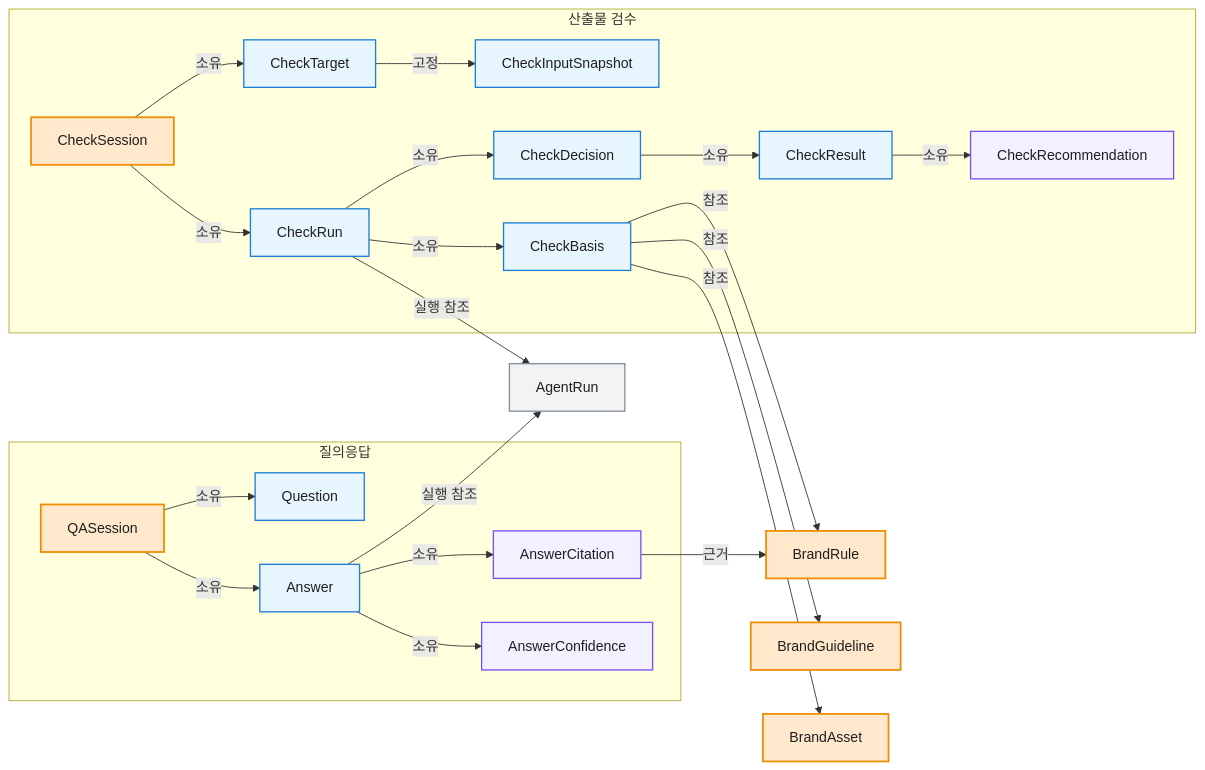
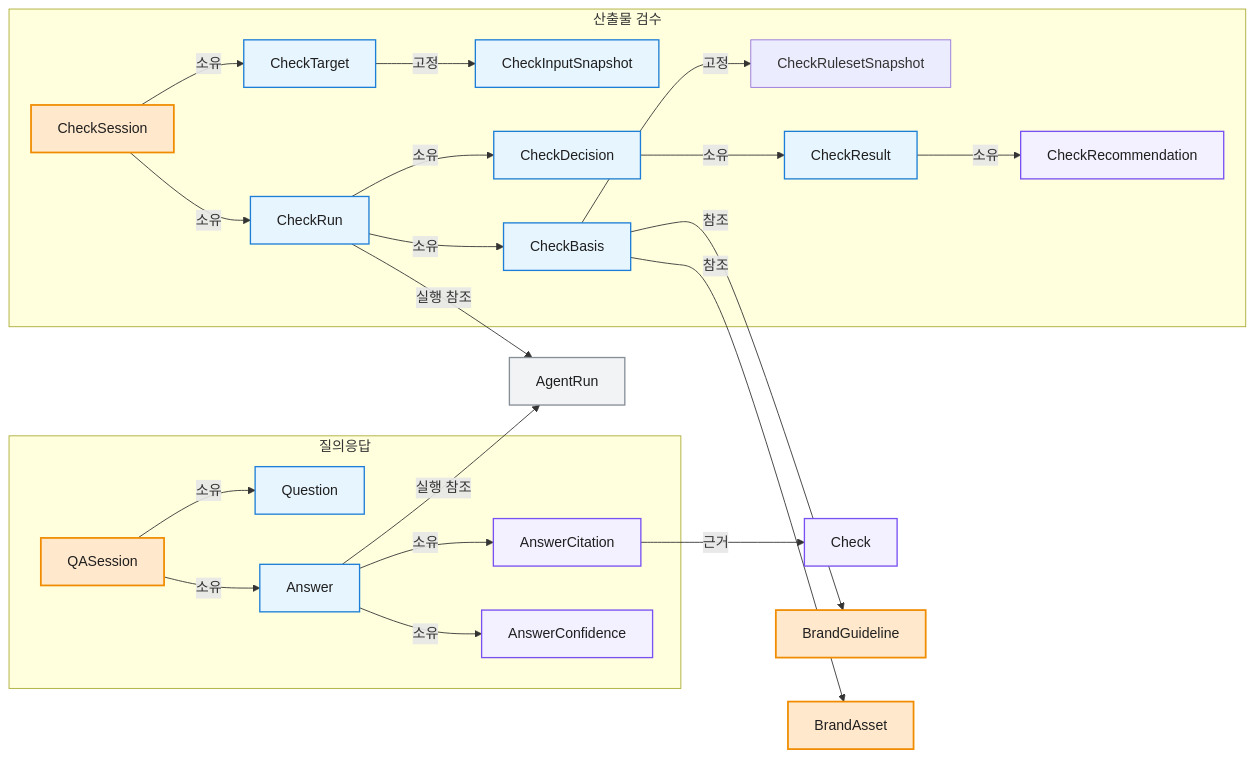
The fifth of 5 diagrams in docs/04-domain-model.md (ewoooo/living-brand-system), drawn with Mermaid before and after one commit. The commit also changed other lines of this file and 100 other files, not shown here.

````diff
--- a/docs/04-domain-model.md
+++ b/docs/04-domain-model.md
@@ -412,56 +408,57 @@
 ```mermaid
 flowchart LR
-  BrandRule["BrandRule"]
+  GuidelineCheck["Check"]
 
   subgraph QA["질의응답"]
     QASession["QASession"]
     Question["Question"]
     Answer["Answer"]
     AnswerCitation["AnswerCitation"]
     AnswerConfidence["AnswerConfidence"]
   end
 
   subgraph Check["산출물 검수"]
     CheckSession["CheckSession"]
     CheckTarget["CheckTarget"]
     CheckInputSnapshot["CheckInputSnapshot"]
     CheckRun["CheckRun"]
     CheckBasis["CheckBasis"]
+    CheckRulesetSnapshot["CheckRulesetSnapshot"]
     CheckResult["CheckResult"]
     CheckRecommendation["CheckRecommendation"]
     CheckDecision["CheckDecision"]
   end
 
   AgentRun["AgentRun"]
   BrandGuideline["BrandGuideline"]
   BrandAsset["BrandAsset"]
 
   QASession -->|"소유"| Question
   QASession -->|"소유"| Answer
   Answer -->|"소유"| AnswerCitation
   Answer -->|"소유"| AnswerConfidence
-  AnswerCitation -->|"근거"| BrandRule
+  AnswerCitation -->|"근거"| GuidelineCheck
   Answer -->|"실행 참조"| AgentRun
 
   CheckSession -->|"소유"| CheckTarget
   CheckTarget -->|"고정"| CheckInputSnapshot
   CheckSession -->|"소유"| CheckRun
   CheckRun -->|"소유"| CheckBasis
   CheckBasis -->|"참조"| BrandGuideline
-  CheckBasis -->|"참조"| BrandRule
+  CheckBasis -->|"고정"| CheckRulesetSnapshot
   CheckBasis -->|"참조"| BrandAsset
   CheckRun -->|"소유"| CheckDecision
   CheckDecision -->|"소유"| CheckResult
   CheckResult -->|"소유"| CheckRecommendation
   CheckRun -->|"실행 참조"| AgentRun
 
   classDef aggregate fill:#FFE8CC,stroke:#F08C00,stroke-width:2px,color:#1F1F1F;
   classDef entity fill:#E7F5FF,stroke:#1C7ED6,stroke-width:1.5px,color:#1F1F1F;
   classDef childEntity fill:#F3F0FF,stroke:#7950F2,stroke-width:1.5px,color:#1F1F1F;
   classDef record fill:#F1F3F5,stroke:#868E96,stroke-width:1.5px,color:#1F1F1F;
 
-  class QASession,CheckSession,BrandGuideline,BrandRule,BrandAsset aggregate;
+  class QASession,CheckSession,BrandGuideline,BrandAsset aggregate;
   class Question,Answer,CheckTarget,CheckInputSnapshot,CheckRun,CheckBasis,CheckDecision,CheckResult entity;
-  class AnswerCitation,AnswerConfidence,CheckRecommendation childEntity;
+  class GuidelineCheck,AnswerCitation,AnswerConfidence,CheckRecommendation childEntity;
   class AgentRun record;
 ```
````
